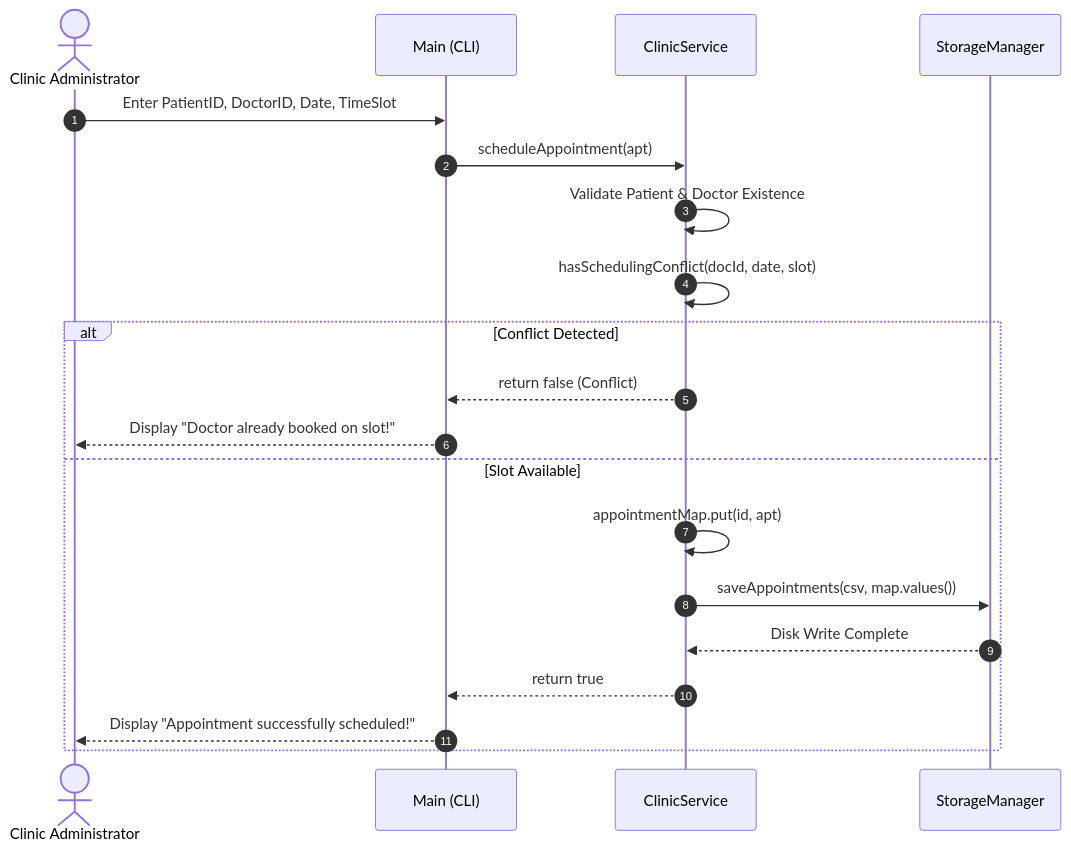
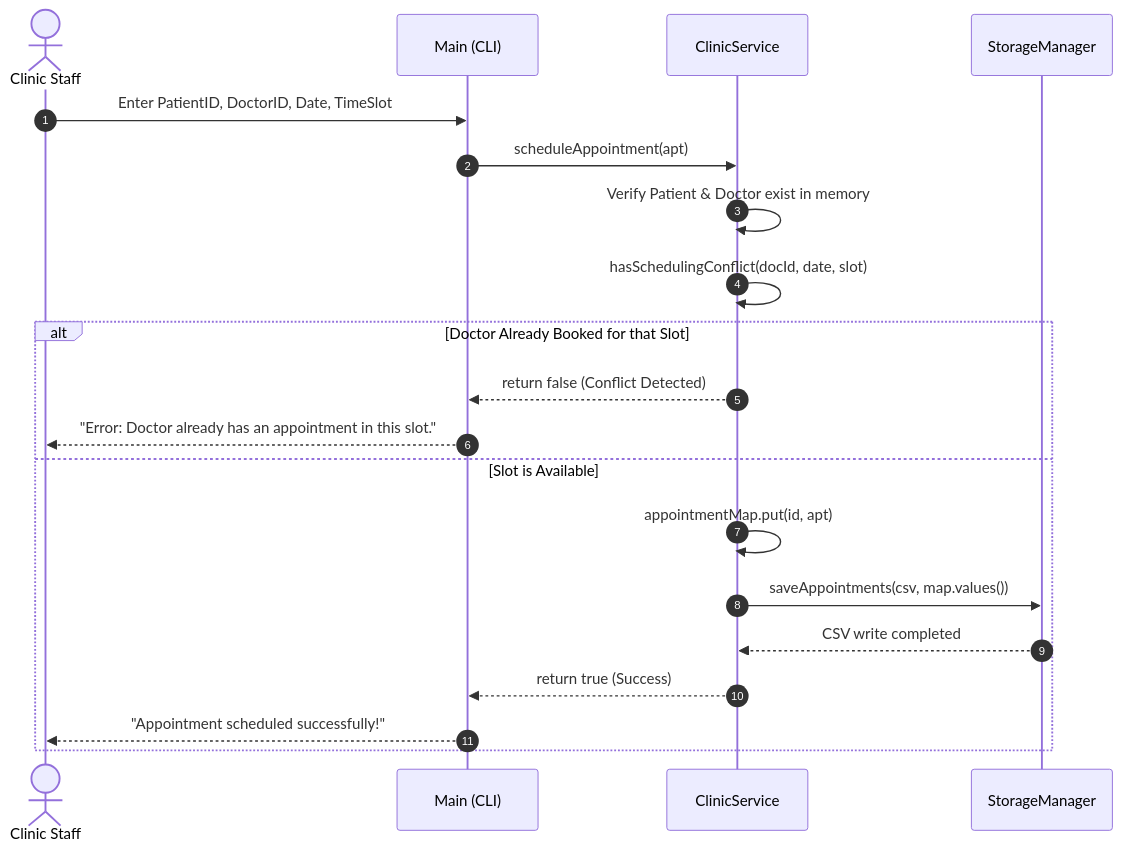
Before and after one commit to krishkumarsharma/clinic-appointment-system: the third of 5 diagrams in PROJECT_REPORT.md, drawn with Mermaid. The commit also changed other lines of this file and 3 other files, not shown here.

````diff
--- a/PROJECT_REPORT.md
+++ b/PROJECT_REPORT.md
@@ -211,23 +226,23 @@
 ```mermaid
 sequenceDiagram
     autonumber
-    actor Admin as Clinic Administrator
+    actor Admin as Clinic Staff
     participant Main as Main (CLI)
     participant Svc as ClinicService
     participant Store as StorageManager
 
     Admin->>Main: Enter PatientID, DoctorID, Date, TimeSlot
     Main->>Svc: scheduleAppointment(apt)
-    Svc->>Svc: Validate Patient & Doctor Existence
+    Svc->>Svc: Verify Patient & Doctor exist in memory
     Svc->>Svc: hasSchedulingConflict(docId, date, slot)
-    alt Conflict Detected
-        Svc-->>Main: return false (Conflict)
-        Main-->>Admin: Display "Doctor already booked on slot!"
-    else Slot Available
+    alt Doctor Already Booked for that Slot
+        Svc-->>Main: return false (Conflict Detected)
+        Main-->>Admin: "Error: Doctor already has an appointment in this slot."
+    else Slot is Available
         Svc->>Svc: appointmentMap.put(id, apt)
         Svc->>Store: saveAppointments(csv, map.values())
-        Store-->>Svc: Disk Write Complete
-        Svc-->>Main: return true
-        Main-->>Admin: Display "Appointment successfully scheduled!"
+        Store-->>Svc: CSV write completed
+        Svc-->>Main: return true (Success)
+        Main-->>Admin: "Appointment scheduled successfully!"
     end
 ```
````
